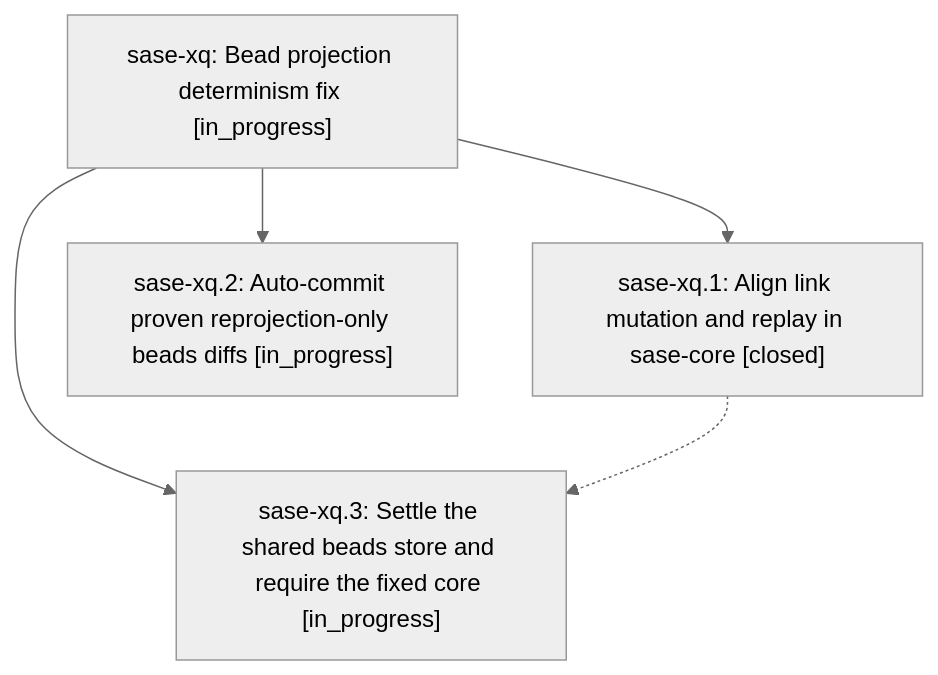
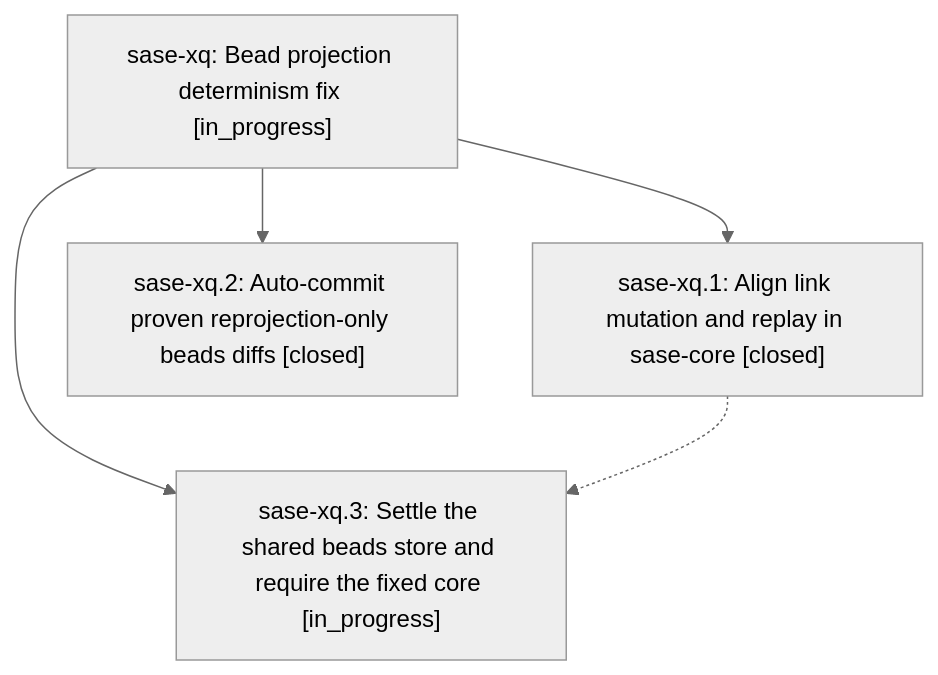
One commit to sase-org/sase--beads changed the diagram in pages/sase-xq/README.md. Above: the diagram before and after it, drawn with Mermaid (neutral theme). The commit also changed other lines of this file and 2 other files, not shown here.

First line of the commit message:
chore(beads): sync bead state and pages for sase-xq

````diff
--- a/pages/sase-xq/README.md
+++ b/pages/sase-xq/README.md
@@ -36,11 +36,11 @@
 ```mermaid
 flowchart TD
     n0["sase-xq: Bead projection determinism fix [in_progress]"]
     n1["sase-xq.1: Align link mutation and replay in sase-core [closed]"]
-    n2["sase-xq.2: Auto-commit proven reprojection-only beads diffs [in_progress]"]
+    n2["sase-xq.2: Auto-commit proven reprojection-only beads diffs [closed]"]
     n3["sase-xq.3: Settle the shared beads store and require the fixed core [in_progress]"]
     n0 --> n1
     n0 --> n2
     n0 --> n3
     n1 -.-> n3
 ```
````
